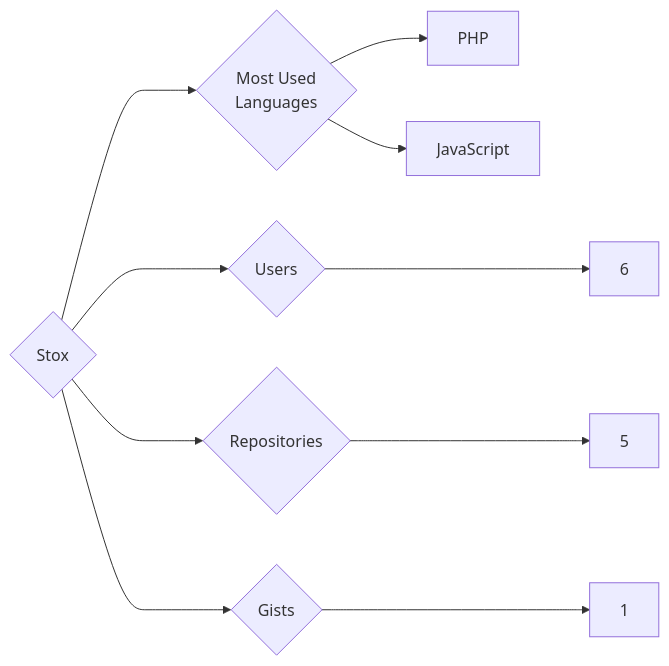
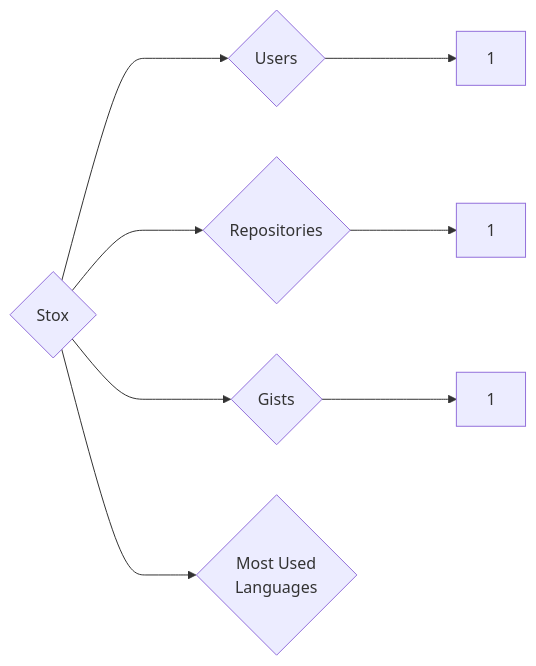
One commit to trickest/insiders changed the diagram in targets/Stox/README.md. Above: the diagram before and after it, drawn with Mermaid. The commit also changed 898 other files, not shown here.

````diff
--- a/targets/Stox/README.md
+++ b/targets/Stox/README.md
@@ -3,10 +3,8 @@
 ```mermaid
 graph LR
 COMPANY_NAME{Stox}
-COMPANY_NAME ---> U{Users} ---> UN[6]
-COMPANY_NAME ---> R{Repositories} ---> RN[5]
+COMPANY_NAME ---> U{Users} ---> UN[1]
+COMPANY_NAME ---> R{Repositories} ---> RN[1]
 COMPANY_NAME ---> G{Gists} ---> GN[1]
 COMPANY_NAME ---> ML{Most Used<br>Languages}
-ML --> PHP[PHP]
-ML --> JavaScript[JavaScript]
 ```
````
